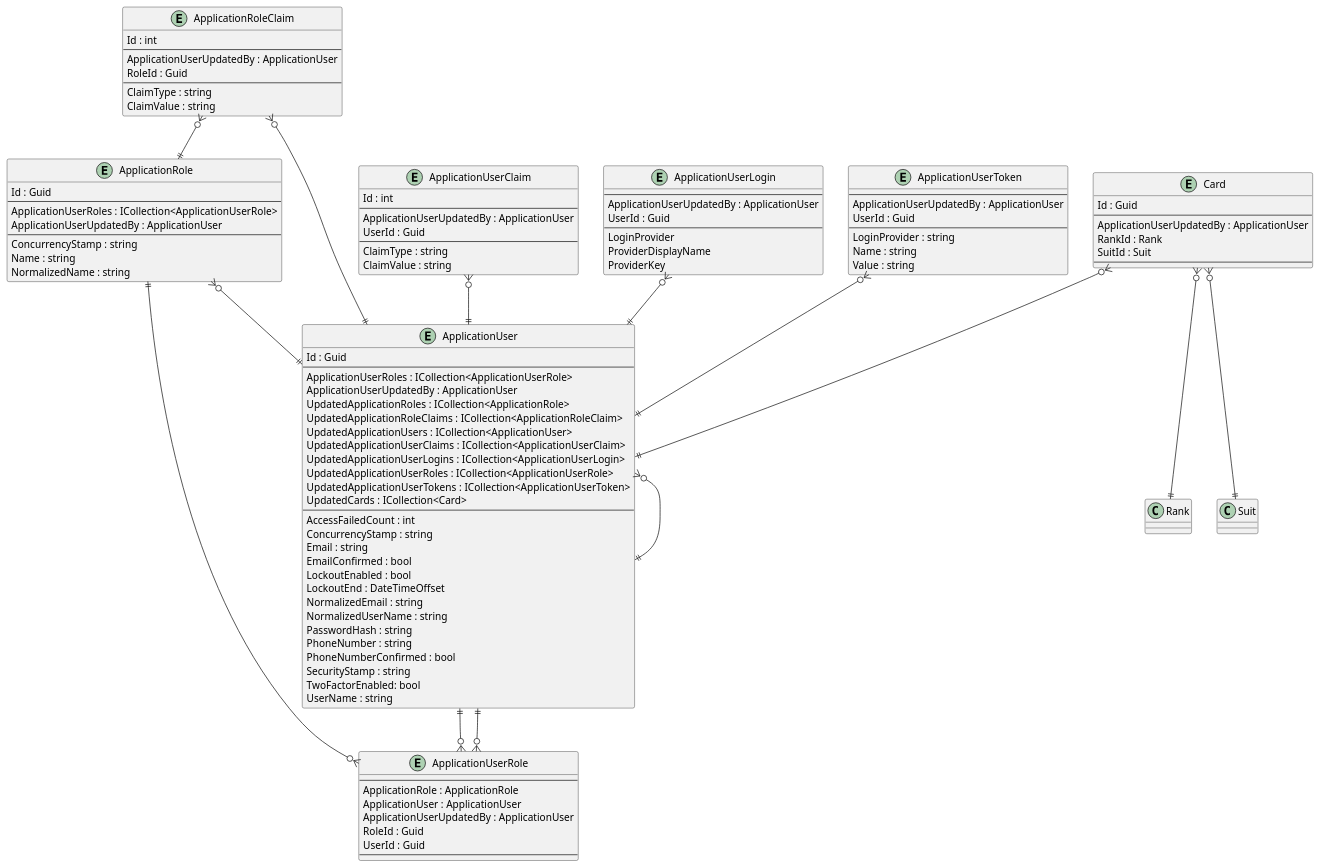
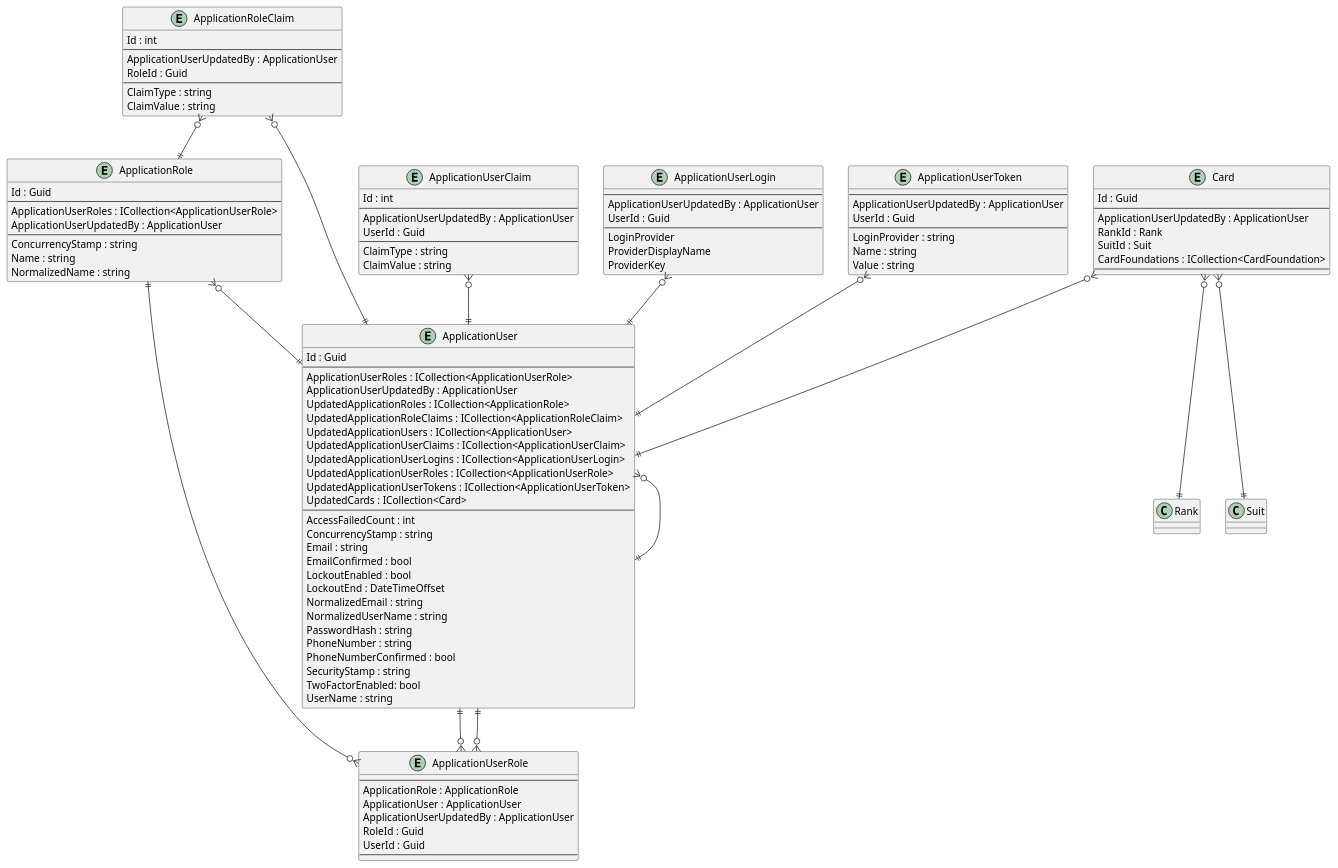
Before and after one commit to intrepion/intrepion_klondike-solitaire_csharp: the diagram in .docs/Intrepion.KlondikeSolitaire.pu, drawn with PlantUML.

```diff
--- a/.docs/Intrepion.KlondikeSolitaire.pu
+++ b/.docs/Intrepion.KlondikeSolitaire.pu
@@ -1,124 +1,125 @@
 @startuml
 
 entity ApplicationRole {
     Id : Guid
     --
     ApplicationUserRoles : ICollection<ApplicationUserRole>
     ApplicationUserUpdatedBy : ApplicationUser
     --
     ConcurrencyStamp : string
     Name : string
     NormalizedName : string
 }
 
 entity ApplicationRoleClaim {
     Id : int
     --
     ApplicationUserUpdatedBy : ApplicationUser
     RoleId : Guid
     --
     ClaimType : string
     ClaimValue : string
 }
 
 entity ApplicationUser {
     Id : Guid
     --
     ApplicationUserRoles : ICollection<ApplicationUserRole>
     ApplicationUserUpdatedBy : ApplicationUser
     UpdatedApplicationRoles : ICollection<ApplicationRole>
     UpdatedApplicationRoleClaims : ICollection<ApplicationRoleClaim>
     UpdatedApplicationUsers : ICollection<ApplicationUser>
     UpdatedApplicationUserClaims : ICollection<ApplicationUserClaim>
     UpdatedApplicationUserLogins : ICollection<ApplicationUserLogin>
     UpdatedApplicationUserRoles : ICollection<ApplicationUserRole>
     UpdatedApplicationUserTokens : ICollection<ApplicationUserToken>
     UpdatedCards : ICollection<Card>
     ' ApplicationUserKeyCodePlaceholder
     --
     AccessFailedCount : int
     ConcurrencyStamp : string
     Email : string
     EmailConfirmed : bool
     LockoutEnabled : bool
     LockoutEnd : DateTimeOffset
     NormalizedEmail : string
     NormalizedUserName : string
     PasswordHash : string
     PhoneNumber : string
     PhoneNumberConfirmed : bool
     SecurityStamp : string
     TwoFactorEnabled: bool
     UserName : string
 }
 
 entity ApplicationUserClaim {
     Id : int
     --
     ApplicationUserUpdatedBy : ApplicationUser
     UserId : Guid
     --
     ClaimType : string
     ClaimValue : string
 }
 
 entity ApplicationUserLogin {
     --
     ApplicationUserUpdatedBy : ApplicationUser
     UserId : Guid
     --
     LoginProvider
     ProviderDisplayName
     ProviderKey
 }
 
 entity ApplicationUserRole {
     --
     ApplicationRole : ApplicationRole
     ApplicationUser : ApplicationUser
     ApplicationUserUpdatedBy : ApplicationUser
     RoleId : Guid
     UserId : Guid
     --
 }
 
 entity ApplicationUserToken {
     --
     ApplicationUserUpdatedBy : ApplicationUser
     UserId : Guid
     --
     LoginProvider : string
     Name : string
     Value : string
 }
 
 entity Card {
     Id : Guid
     --
     ApplicationUserUpdatedBy : ApplicationUser
     RankId : Rank
     SuitId : Suit
+    CardFoundations : ICollection<CardFoundation>
     ' CardKeyCodePlaceholder
     --
     ' CardPropertyCodePlaceholder
 }
 
 ' EntityCodePlaceholder
 
 ApplicationRole ||--o{ ApplicationUserRole
 ApplicationRole }o--|| ApplicationUser
 ApplicationRoleClaim }o--|| ApplicationRole
 ApplicationRoleClaim }o--|| ApplicationUser
 ApplicationUser }o--|| ApplicationUser
 ApplicationUser ||--o{ ApplicationUserRole
 ApplicationUserClaim }o--|| ApplicationUser
 ApplicationUserLogin }o--|| ApplicationUser
 ApplicationUserRole }o--|| ApplicationUser
 ApplicationUserToken }o--|| ApplicationUser
 
 Card }o--|| ApplicationUser
 Card }o--|| Rank
 Card }o--|| Suit
 ' RelationshipCodePlaceholder
 
 @enduml
```
